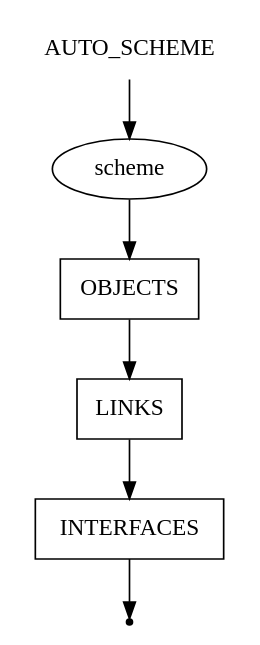
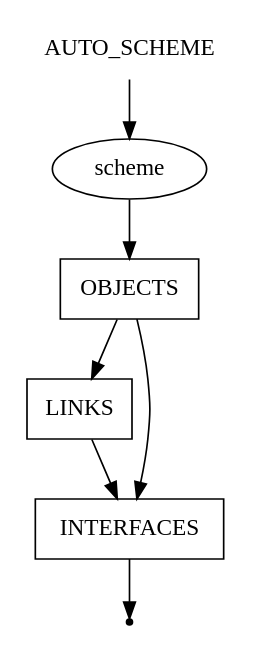
Before and after one commit to AnsKaz-yu/CIAO-V.3: the diagram in ciao_gv/auto_scheme.gv, drawn with Graphviz. The commit also changed 15 other files, not shown here.

```diff
--- a/ciao_gv/auto_scheme.gv
+++ b/ciao_gv/auto_scheme.gv
@@ -1,13 +1,14 @@
 digraph AUTO_SCHEME {
     start [label=AUTO_SCHEME shape=plaintext]
     A [label="scheme" shape=oval]
     B [label=OBJECTS shape=box]
     C [label=LINKS shape=box]
     D [label=INTERFACES shape=box]
     end [label="" shape=point]
     start -> A
     A -> B
     B -> C
+    B->D
     C -> D
     D -> end
 }
```
